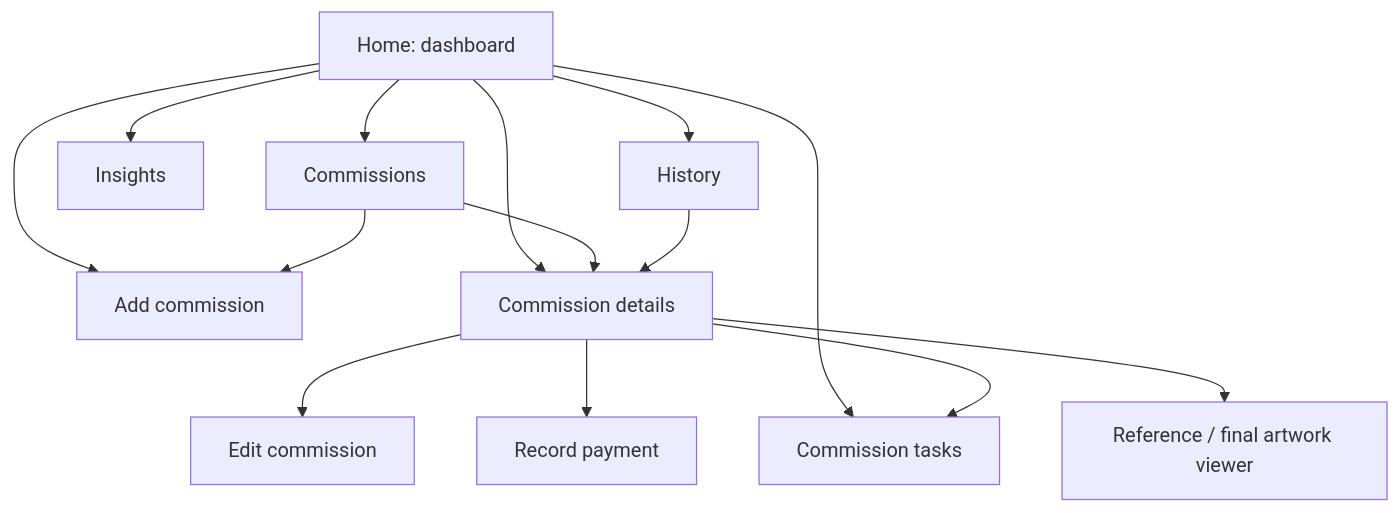
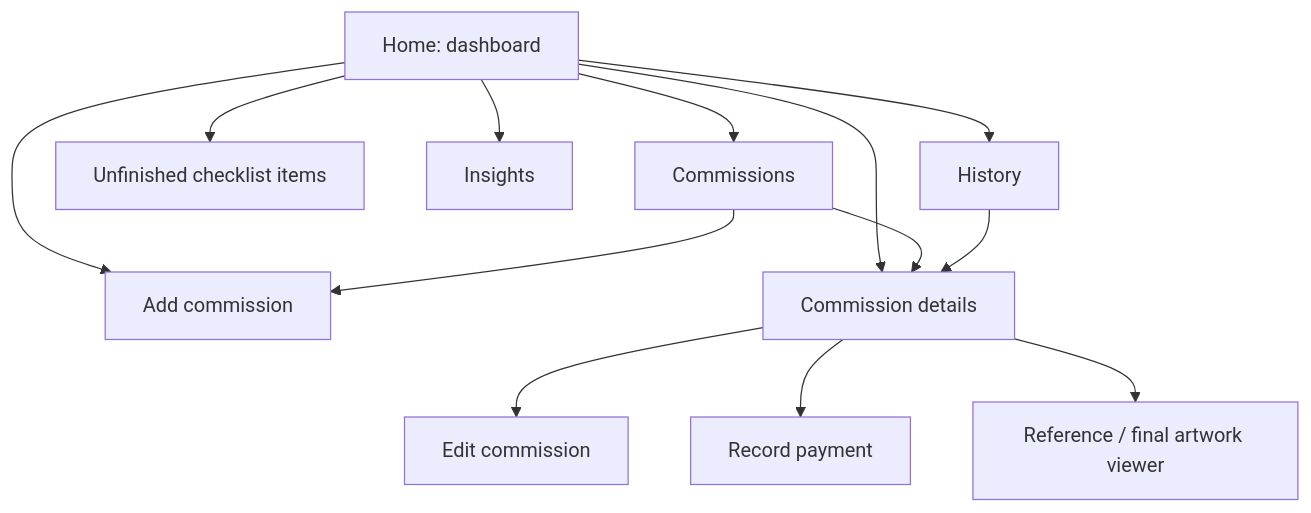
The diagram in docs/screens.md (yezdenz/obra), drawn with Mermaid before and after one commit. The commit also changed other lines of this file and 9 other files, not shown here.

Commit message:
Simplify task checklist and clarify commission payment history

````diff
--- a/docs/screens.md
+++ b/docs/screens.md
@@ -73,16 +72,15 @@
 ```mermaid
 flowchart TD
     Home[Home: dashboard] --> List[Commissions]
     Home --> Add[Add commission]
     Home --> Detail[Commission details]
-    Home --> Tasks[Commission tasks]
+    Home --> Tasks[Unfinished checklist items]
     Home --> Insights[Insights]
     Home --> History[History]
     List --> Add
     List --> Detail
     History --> Detail
     Detail --> Edit[Edit commission]
     Detail --> Payment[Record payment]
-    Detail --> Tasks
     Detail --> Image[Reference / final artwork viewer]
 ```
````
